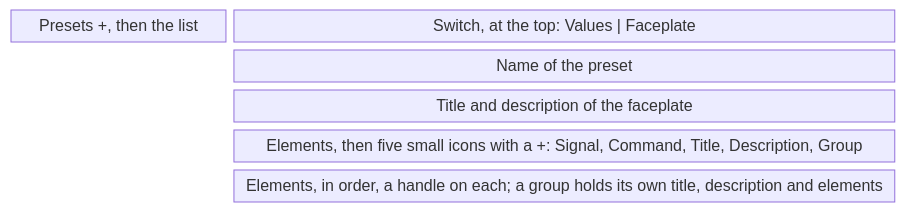
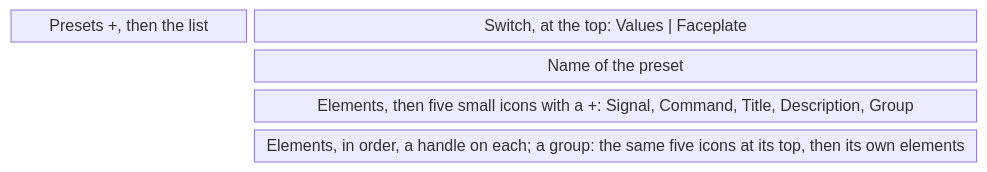
Before and after one commit to AlexandreGallais/synoptic-studio-spec: the tenth of 15 diagrams in screens/metadata.md, drawn with Mermaid. The commit also changed other lines of this file and 7 other files, not shown here.

First line of the commit message:
docs(presets): make the faceplate builder elements only

````diff
--- a/screens/metadata.md
+++ b/screens/metadata.md
@@ -314,9 +314,8 @@
 ```mermaid
 block-beta
     columns 4
     list["Presets +, then the list"] sw["Switch, at the top: Values | Faceplate"]:3
     space name["Name of the preset"]:3
-    space head["Title and description of the faceplate"]:3
     space add["Elements, then five small icons with a +: Signal, Command, Title, Description, Group"]:3
-    space items["Elements, in order, a handle on each; a group holds its own title, description and elements"]:3
+    space items["Elements, in order, a handle on each; a group: the same five icons at its top, then its own elements"]:3
 ```
````
